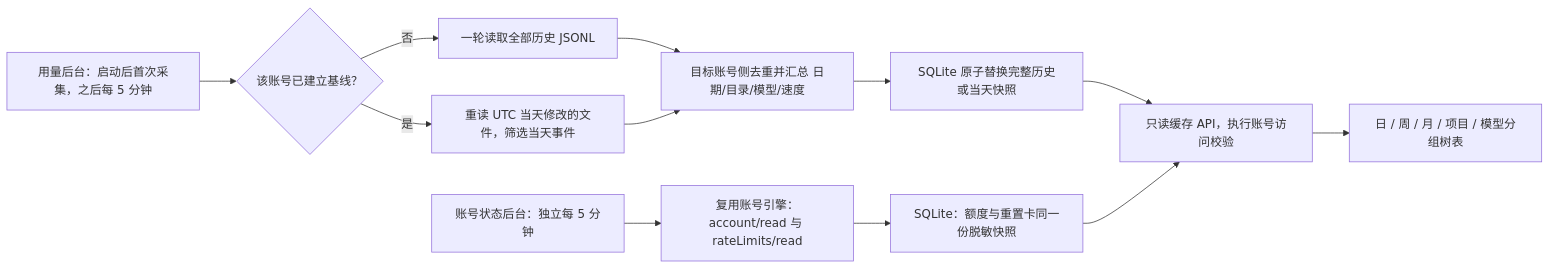
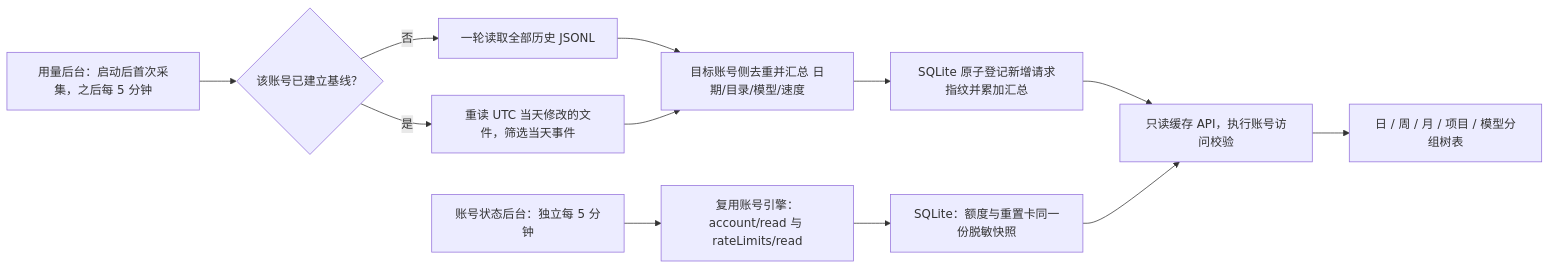
The diagram in docs/codex-account-usage.md (Poeagle/agentManager), drawn with Mermaid before and after one commit. The commit also changed other lines of this file and 7 other files, not shown here.

````diff
--- a/docs/codex-account-usage.md
+++ b/docs/codex-account-usage.md
@@ -5,14 +5,14 @@
 ```mermaid
 flowchart LR
  A[用量后台：启动后首次采集，之后每 5 分钟] --> B{该账号已建立基线？}
  B -->|否| C[一轮读取全部历史 JSONL]
  B -->|是| D[重读 UTC 当天修改的文件，筛选当天事件]
  C --> E[目标账号侧去重并汇总 日期/目录/模型/速度]
  D --> E
- E --> F[SQLite 原子替换完整历史或当天快照]
+ E --> F[SQLite 原子登记新增请求指纹并累加汇总]
  G[账号状态后台：独立每 5 分钟] --> H[复用账号引擎：account/read 与 rateLimits/read]
  H --> I[SQLite：额度与重置卡同一份脱敏快照]
  F --> J[只读缓存 API，执行账号访问校验]
  I --> J
  J --> K[日 / 周 / 月 / 项目 / 模型分组树表]
 ```
````
